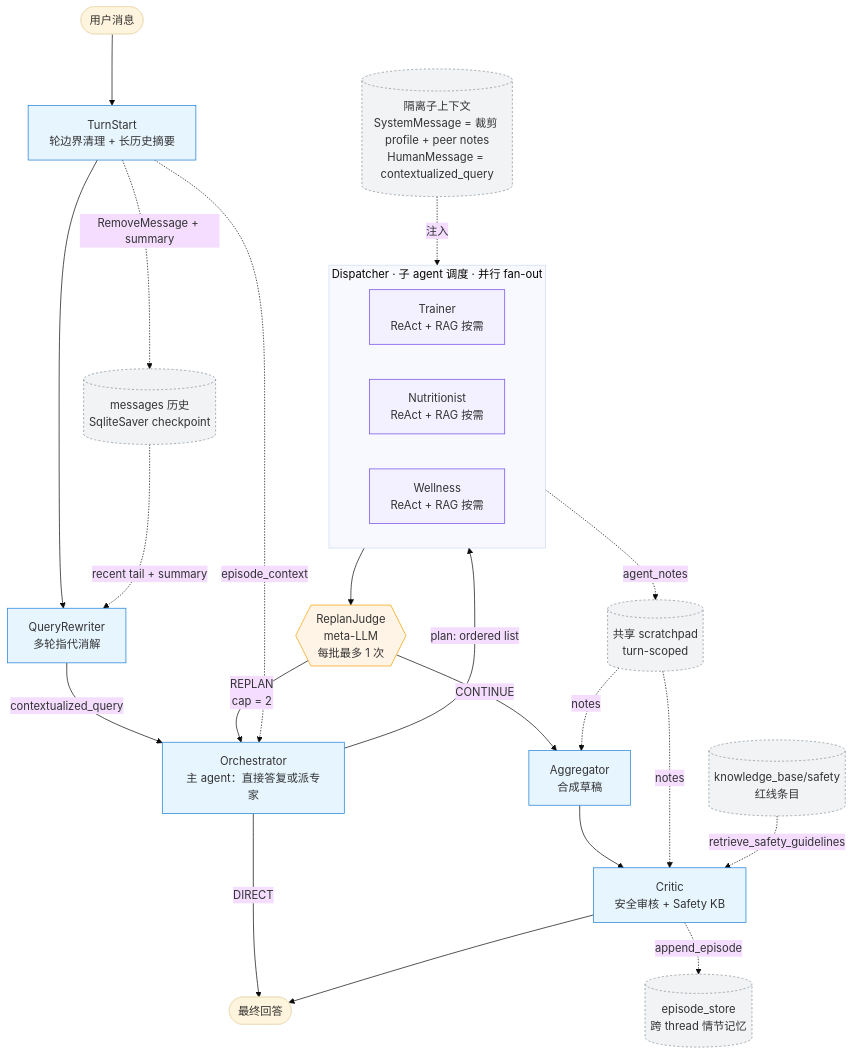
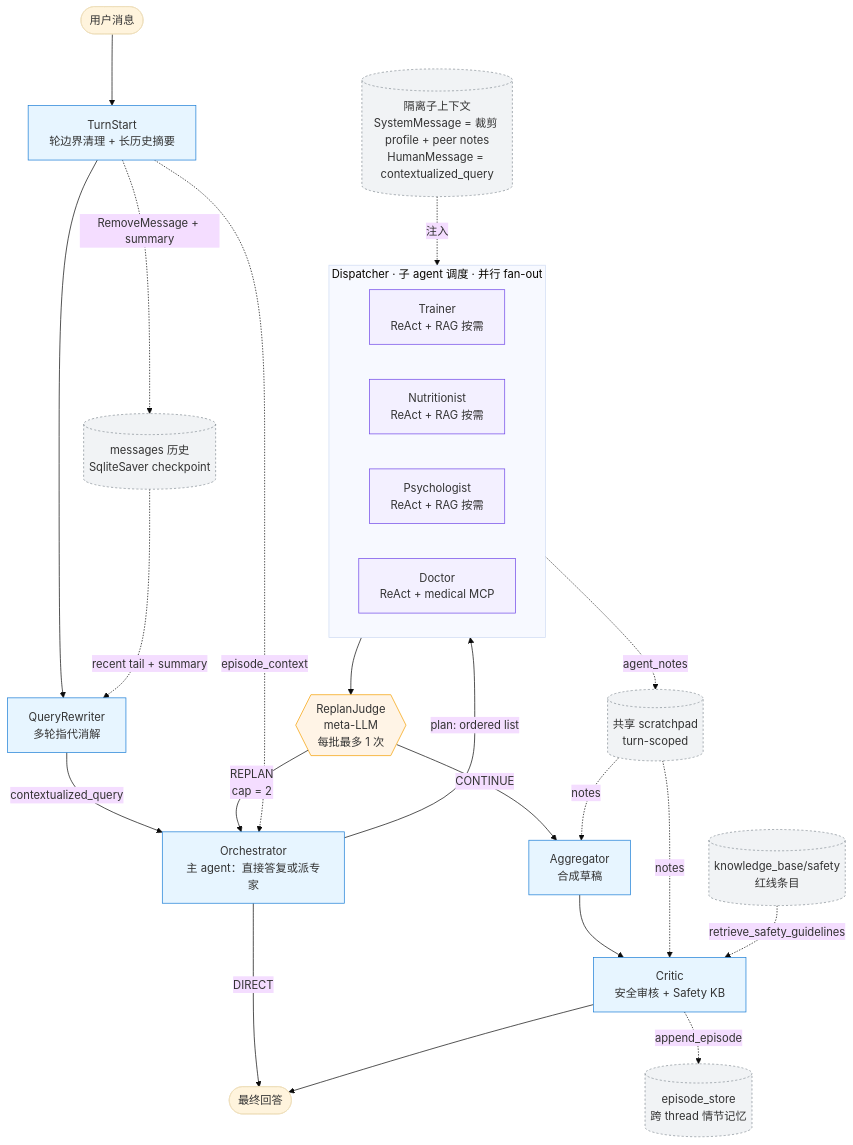
The diagram in README.md (MichaelSou1/wellness-copilot), drawn with Mermaid (base theme) before and after one commit. The commit also changed other lines of this file and 48 other files, not shown here.

````diff
--- a/README.md
+++ b/README.md
@@ -23,46 +23,47 @@
 ```mermaid
 flowchart TD
     User([用户消息]) --> TS[TurnStart<br/>轮边界清理 + 长历史摘要]
     TS --> QR[QueryRewriter<br/>多轮指代消解]
     QR -->|contextualized_query| Orchestrator[Orchestrator<br/>主 agent：直接答复或派专家]
     Orchestrator -->|plan: ordered list| Dispatcher
 
     subgraph Dispatcher [Dispatcher · 子 agent 调度 · 并行 fan-out]
       direction LR
       Trainer[Trainer<br/>ReAct + RAG 按需]
       Nutritionist[Nutritionist<br/>ReAct + RAG 按需]
-      Wellness[Wellness<br/>ReAct + RAG 按需]
+      Psychologist[Psychologist<br/>ReAct + RAG 按需]
+      Doctor[Doctor<br/>ReAct + medical MCP]
     end
 
     Dispatcher --> Judge{{ReplanJudge<br/>meta-LLM<br/>每批最多 1 次}}
     Judge -->|CONTINUE| Aggregator[Aggregator<br/>合成草稿]
     Judge -->|REPLAN<br/>cap = 2| Orchestrator
     Orchestrator -->|DIRECT| Out
     Aggregator --> Critic[Critic<br/>安全审核 + Safety KB]
     Critic --> Out([最终回答])
 
     %% 父 agent 注入的隔离上下文（用一个旁路节点说明，避免在子图内部画 4 条重叠的标签线）
     Ctx[(隔离子上下文<br/>SystemMessage = 裁剪 profile + peer notes<br/>HumanMessage = contextualized_query)]
     Ctx -. 注入 .-> Dispatcher
 
     %% scratchpad 汇聚 + Critic / Aggregator 消费
     Dispatcher -. agent_notes .-> Scratchpad[(共享 scratchpad<br/>turn-scoped)]
     Scratchpad -. notes .-> Aggregator
     Scratchpad -. notes .-> Critic
     SafetyKB[(knowledge_base/safety<br/>红线条目)] -. retrieve_safety_guidelines .-> Critic
 
     %% 长期持久化
     TS -. RemoveMessage + summary .-> History[(messages 历史<br/>SqliteSaver checkpoint)]
     History -. recent tail + summary .-> QR
     Critic -. append_episode .-> EpStore[(episode_store<br/>跨 thread 情节记忆)]
     TS -. episode_context .-> Orchestrator
 
     classDef meta fill:#fff4e6,stroke:#f59f00,stroke-width:1px;
     classDef ctrl fill:#e7f5ff,stroke:#1c7ed6,stroke-width:1px;
     classDef expert fill:#f3f0ff,stroke:#7048e8,stroke-width:1px;
     classDef store fill:#f1f3f5,stroke:#868e96,stroke-width:1px,stroke-dasharray:3 3;
     class TS,QR,Orchestrator,Aggregator,Critic ctrl;
     class Judge meta;
-    class Trainer,Nutritionist,Wellness expert;
+    class Trainer,Nutritionist,Psychologist,Doctor expert;
     class Scratchpad,History,EpStore,SafetyKB,Ctx store;
 ```
````
